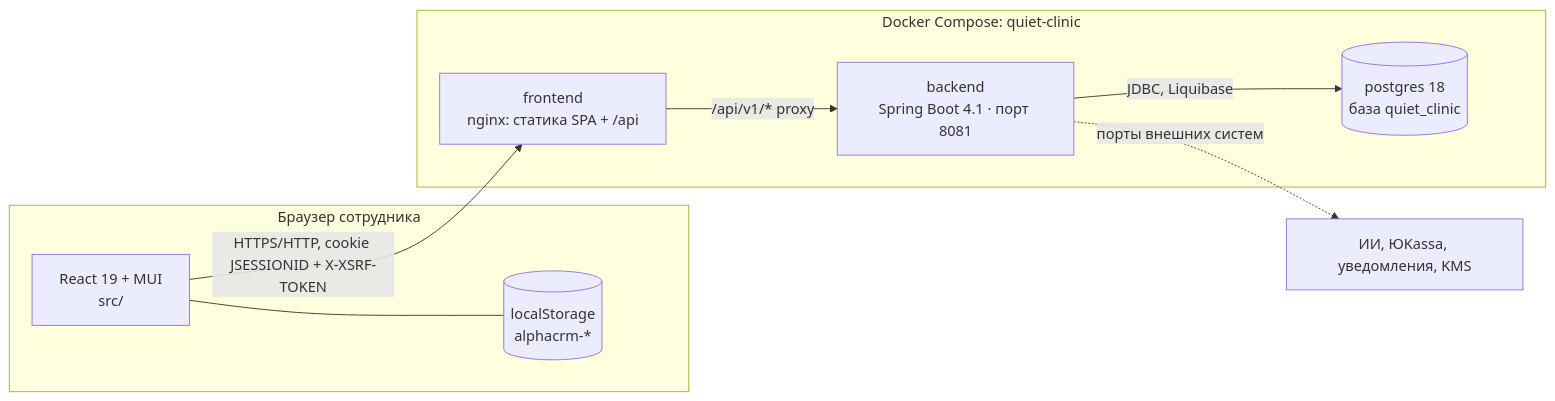
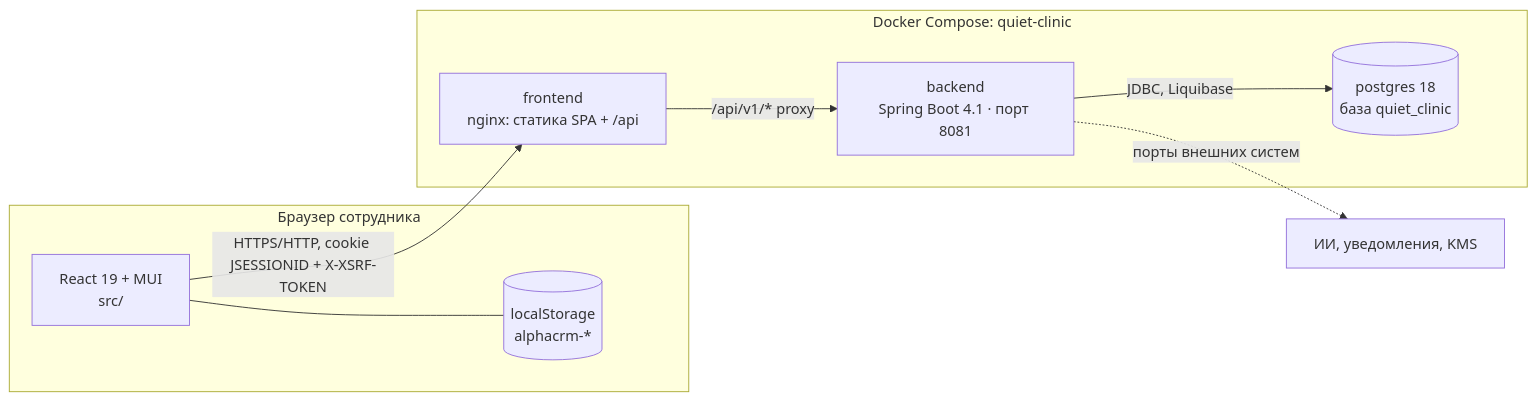
The first of 5 diagrams in docs/architecture.md (IlyaSimis/AlphaCRM), drawn with Mermaid before and after one commit. The commit also changed other lines of this file and 43 other files, not shown here.

````diff
--- a/docs/architecture.md
+++ b/docs/architecture.md
@@ -23,17 +23,17 @@
 ```mermaid
 flowchart LR
     subgraph Browser["Браузер сотрудника"]
         SPA["React 19 + MUI<br/>src/"]
         LS[("localStorage<br/>alphacrm-*")]
     end
     subgraph Docker["Docker Compose: quiet-clinic"]
         NGINX["frontend<br/>nginx: статика SPA + /api"]
         API["backend<br/>Spring Boot 4.1 · порт 8081"]
         PG[("postgres 18<br/>база quiet_clinic")]
     end
     SPA -- "HTTPS/HTTP, cookie JSESSIONID + X-XSRF-TOKEN" --> NGINX
     NGINX -- "/api/v1/* proxy" --> API
     API -- "JDBC, Liquibase" --> PG
     SPA --- LS
-    API -. "порты внешних систем" .-> EXT["ИИ, ЮKassa, уведомления, KMS"]
+    API -. "порты внешних систем" .-> EXT["ИИ, уведомления, KMS"]
 ```
````
